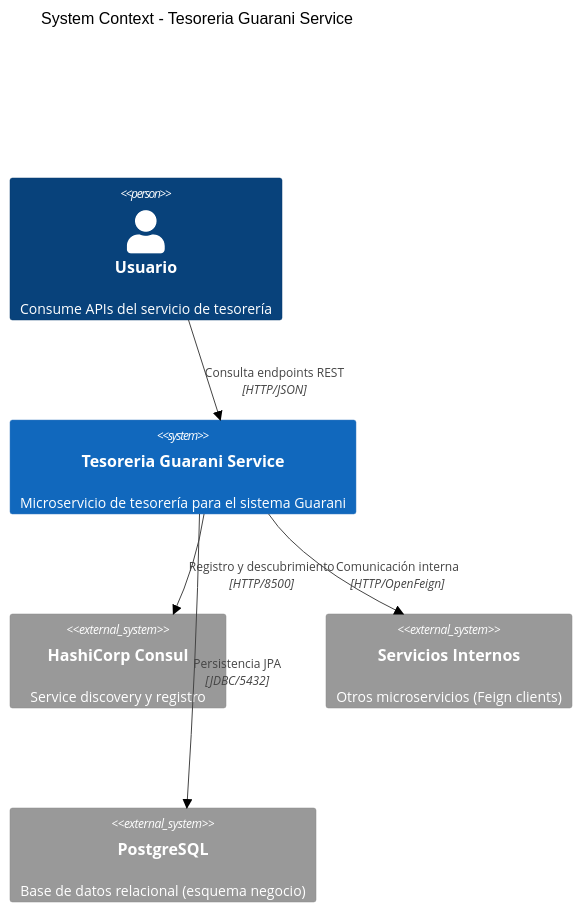
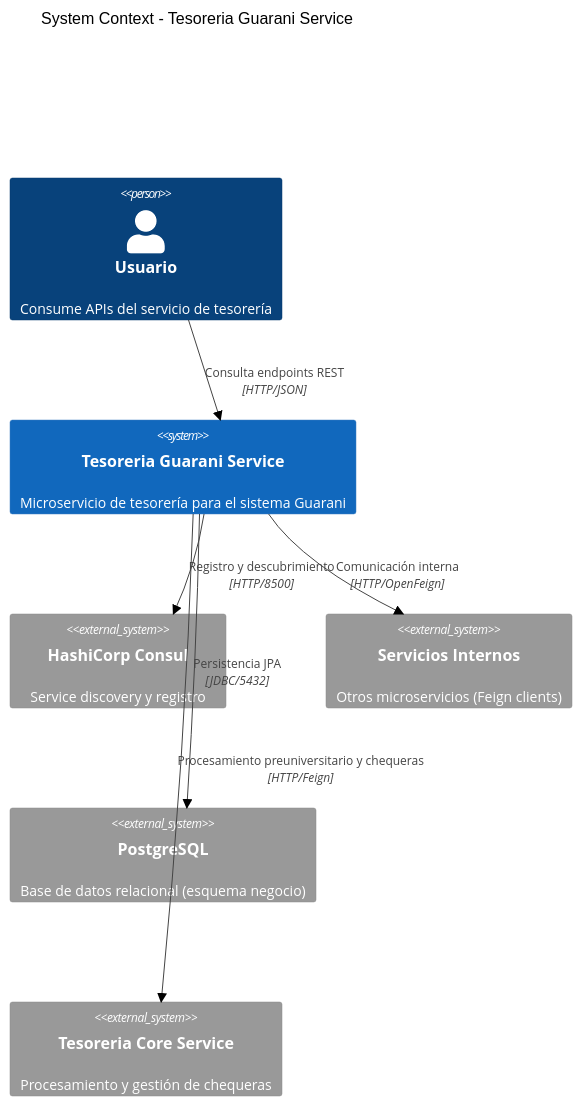
The first of 7 diagrams in README.md (UM-services/UM.tesoreria.guarani-service), drawn with Mermaid (neutral theme) before and after one commit. The commit also changed other lines of this file and 19 other files, not shown here.

````diff
--- a/README.md
+++ b/README.md
@@ -14,17 +14,19 @@
 ```mermaid
 C4Context
     title System Context - Tesoreria Guarani Service
 
     Person(user, "Usuario", "Consume APIs del servicio de tesorería")
 
     System(guarani, "Tesoreria Guarani Service", "Microservicio de tesorería para el sistema Guarani")
 
     System_Ext(consul, "HashiCorp Consul", "Service discovery y registro")
     System_Ext(feign_clients, "Servicios Internos", "Otros microservicios (Feign clients)")
     System_Ext(postgresql, "PostgreSQL", "Base de datos relacional (esquema negocio)")
+    System_Ext(core, "Tesoreria Core Service", "Procesamiento y gestión de chequeras")
 
     Rel(user, guarani, "Consulta endpoints REST", "HTTP/JSON")
     Rel(guarani, consul, "Registro y descubrimiento", "HTTP/8500")
     Rel(guarani, feign_clients, "Comunicación interna", "HTTP/OpenFeign")
     Rel(guarani, postgresql, "Persistencia JPA", "JDBC/5432")
+    Rel(guarani, core, "Procesamiento preuniversitario y chequeras", "HTTP/Feign")
 ```
````
